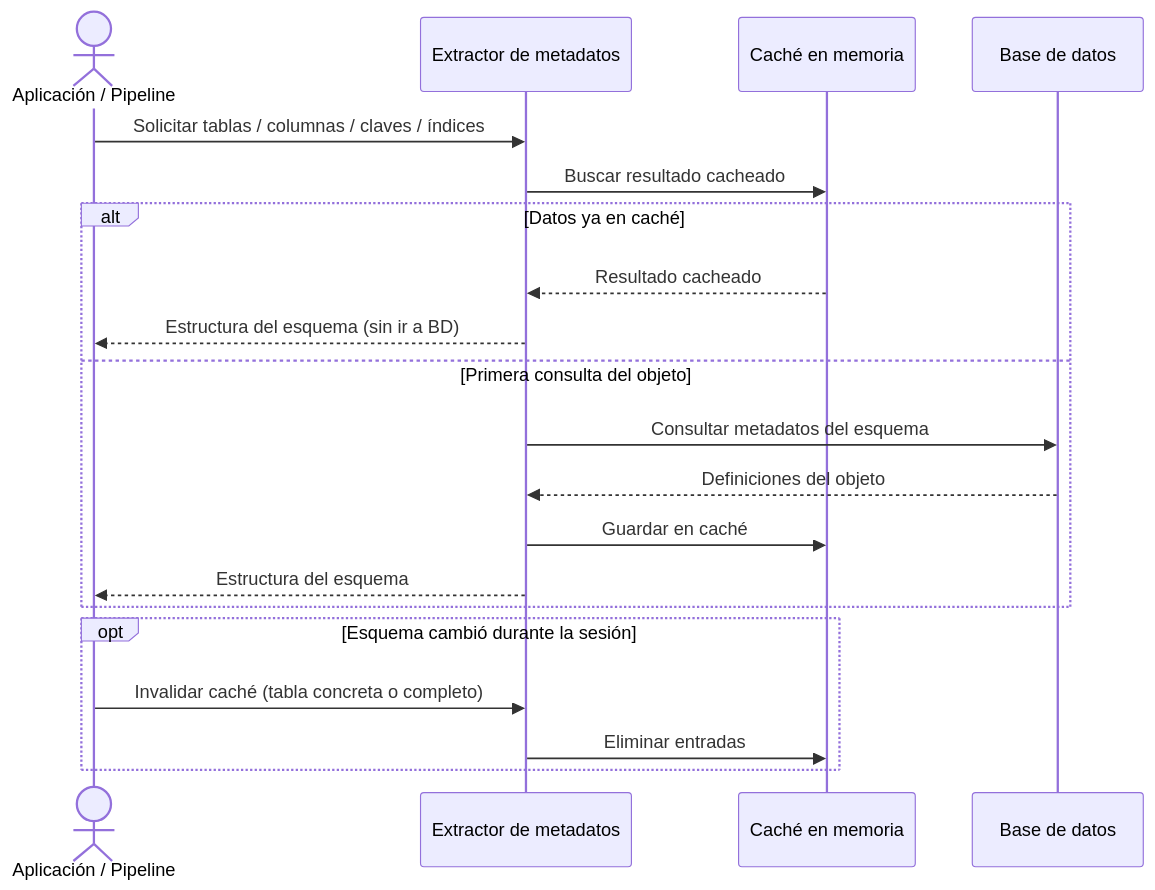
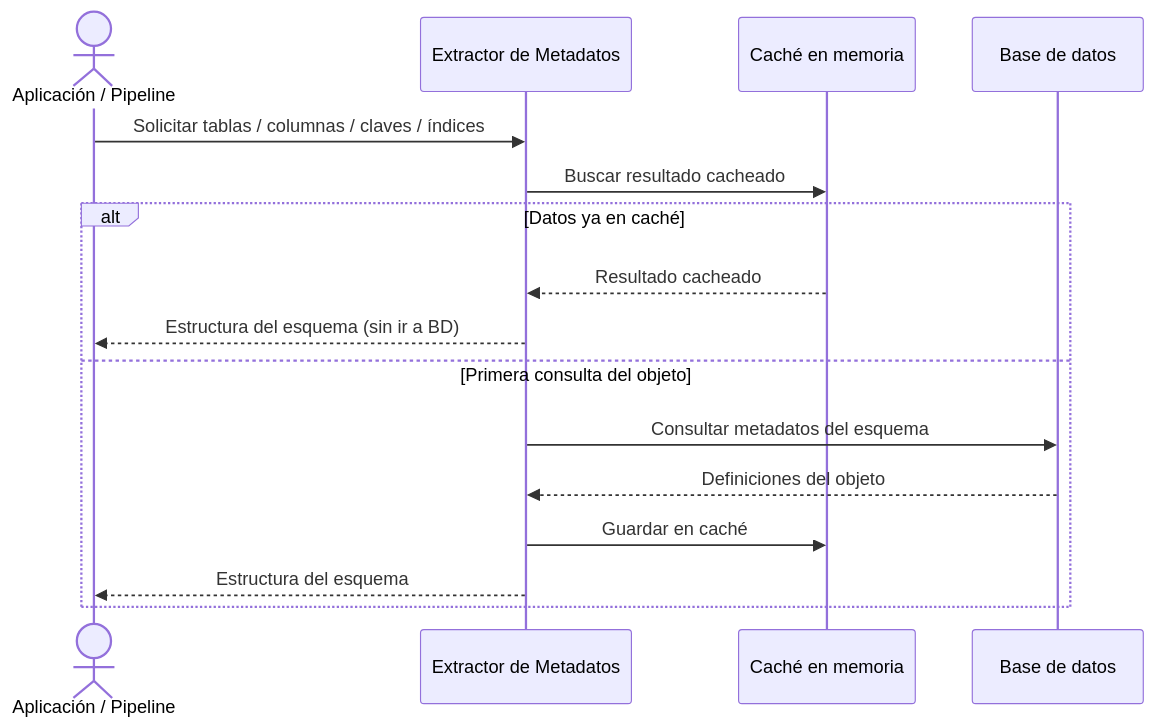
The diagram in docs/functional/metadata-extraction.md (fmanza/util_bbdd), drawn with Mermaid before and after one commit. The commit also changed other lines of this file and 117 other files, not shown here.

````diff
--- a/docs/functional/metadata-extraction.md
+++ b/docs/functional/metadata-extraction.md
@@ -15,24 +29,19 @@
 ```mermaid
 sequenceDiagram
     actor App as Aplicación / Pipeline
-    participant Meta as Extractor de metadatos
+    participant Meta as Extractor de Metadatos
     participant Cache as Caché en memoria
     participant BD as Base de datos
 
     App->>Meta: Solicitar tablas / columnas / claves / índices
     Meta->>Cache: Buscar resultado cacheado
     alt Datos ya en caché
         Cache-->>Meta: Resultado cacheado
         Meta-->>App: Estructura del esquema (sin ir a BD)
     else Primera consulta del objeto
         Meta->>BD: Consultar metadatos del esquema
         BD-->>Meta: Definiciones del objeto
         Meta->>Cache: Guardar en caché
         Meta-->>App: Estructura del esquema
     end
-
-    opt Esquema cambió durante la sesión
-        App->>Meta: Invalidar caché (tabla concreta o completo)
-        Meta->>Cache: Eliminar entradas
-    end
 ```
````
